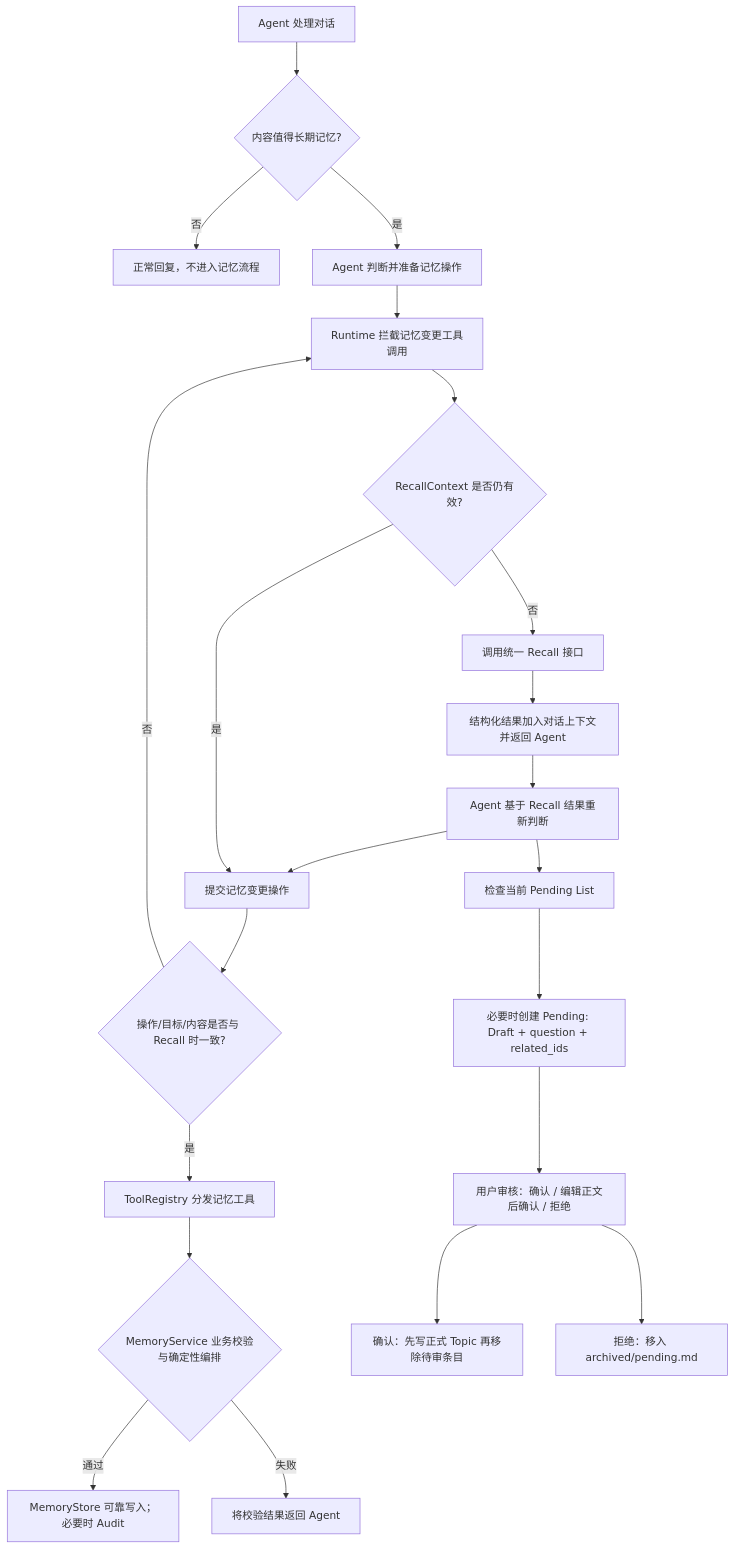
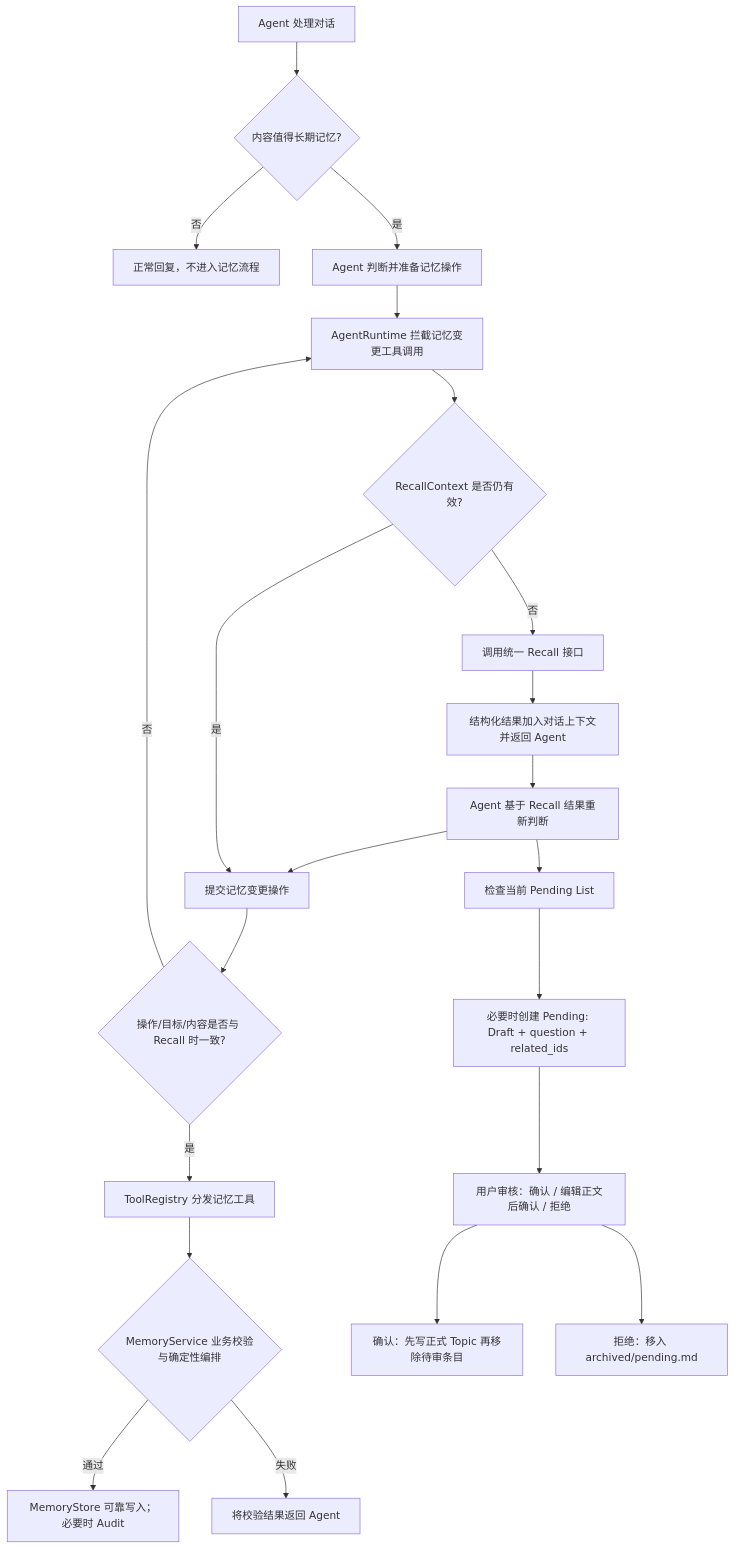
Before and after one commit to Shardkiht/syvrio: the diagram in docs/memory-design-2026-11-18.md, drawn with Mermaid. The commit also changed other lines of this file, not shown here.

````diff
--- a/docs/memory-design-2026-11-18.md
+++ b/docs/memory-design-2026-11-18.md
@@ -311,24 +312,24 @@
 ```mermaid
 flowchart TD
     A[Agent 处理对话] --> B{内容值得长期记忆?}
     B -- 否 --> Z[正常回复，不进入记忆流程]
     B -- 是 --> C[Agent 判断并准备记忆操作]
-    C --> D[Runtime 拦截记忆变更工具调用]
+    C --> D[AgentRuntime 拦截记忆变更工具调用]
     D --> E{RecallContext 是否仍有效?}
     E -- 否 --> F[调用统一 Recall 接口]
     F --> G[结构化结果加入对话上下文并返回 Agent]
     G --> H[Agent 基于 Recall 结果重新判断]
     H --> I[提交记忆变更操作]
     E -- 是 --> I
     I --> J{操作/目标/内容是否与 Recall 时一致?}
     J -- 否 --> D
     J -- 是 --> R[ToolRegistry 分发记忆工具]
     R --> K{MemoryService 业务校验与确定性编排}
     K -- 通过 --> L[MemoryStore 可靠写入；必要时 Audit]
     K -- 失败 --> M[将校验结果返回 Agent]
     H --> Q[检查当前 Pending List]
     Q --> P[必要时创建 Pending: Draft + question + related_ids]
     P --> U[用户审核：确认 / 编辑正文后确认 / 拒绝]
     U --> V[确认：先写正式 Topic 再移除待审条目]
     U --> W[拒绝：移入 archived/pending.md]
 ```
````
